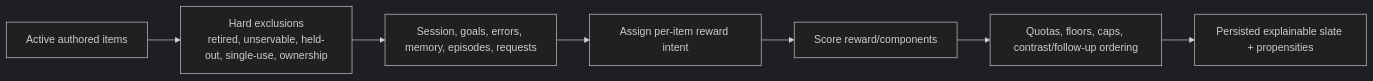
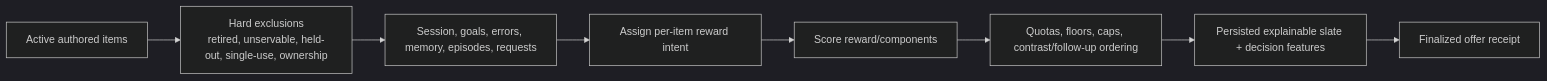
The diagram in docs/learnloop-architecture-vault/Concepts/Scheduling and Selection.md (6up-b/learnanything), drawn with Mermaid (dark theme) before and after one commit. The commit also changed other lines of this file and 17 other files, not shown here.

````diff
--- a/docs/learnloop-architecture-vault/Concepts/Scheduling and Selection.md
+++ b/docs/learnloop-architecture-vault/Concepts/Scheduling and Selection.md
@@ -30,9 +32,10 @@
 ```mermaid
 flowchart LR
     ALL[Active authored items] --> HARD[Hard exclusions<br/>retired, unservable, held-out, single-use, ownership]
     HARD --> CONTEXT[Session, goals, errors, memory, episodes, requests]
     CONTEXT --> INTENT[Assign per-item reward intent]
     INTENT --> REWARD[Score reward/components]
     REWARD --> POLICY[Quotas, floors, caps, contrast/follow-up ordering]
-    POLICY --> SLATE[Persisted explainable slate + propensities]
+    POLICY --> SLATE[Persisted explainable slate + decision features]
+    SLATE --> OFFER[Finalized offer receipt]
 ```
````
